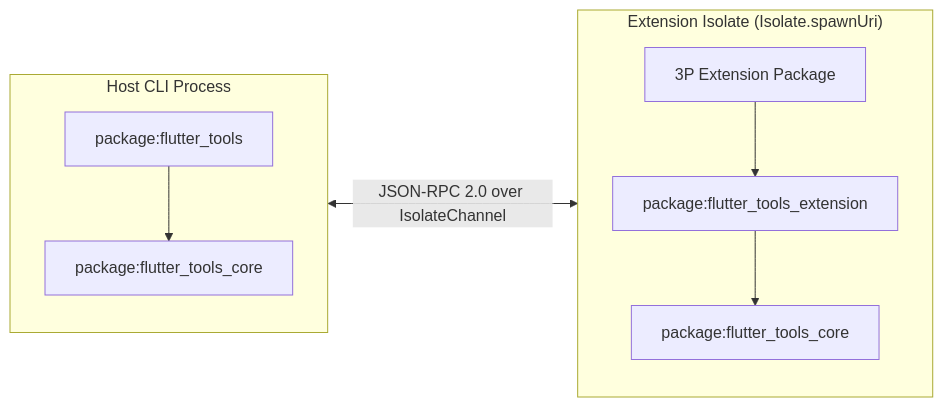
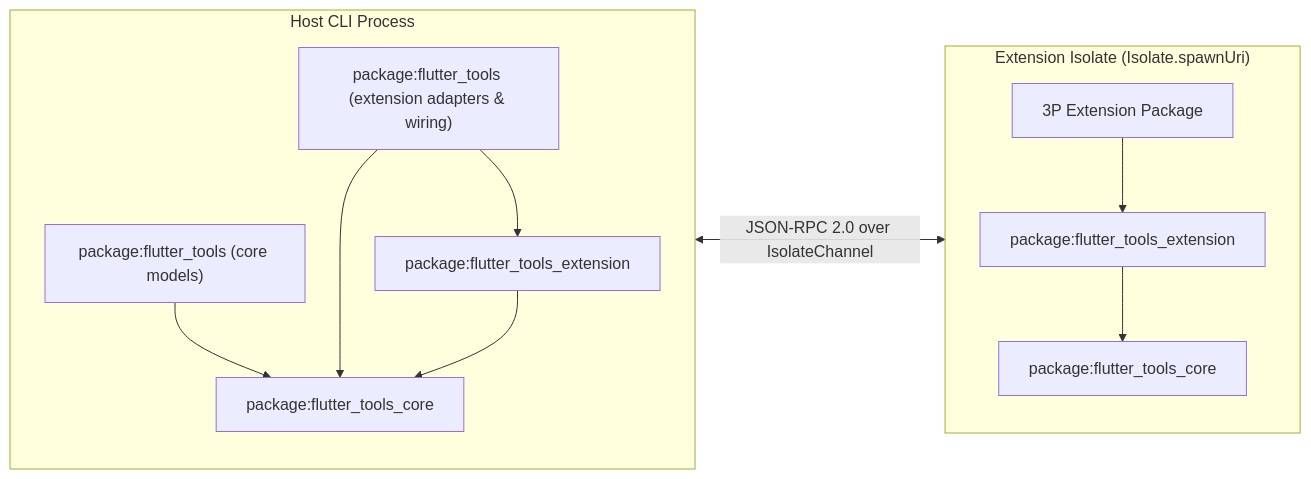
The first of 2 diagrams in rfc/510.0000-targeting-custom-embedders-with-flutter-tools.md (flutter/rfc), drawn with Mermaid before and after one commit. The commit also changed other lines of this file, not shown here.

First line of the commit message:
Align package layering and core service models with implementation

````diff
--- a/rfc/510.0000-targeting-custom-embedders-with-flutter-tools.md
+++ b/rfc/510.0000-targeting-custom-embedders-with-flutter-tools.md
@@ -75,20 +75,25 @@
 ```mermaid
 flowchart LR
   subgraph Host["Host CLI Process"]
     direction TB
-    FT["package:flutter_tools"]
+    FT["package:flutter_tools (core models)"]
+    FTExp["package:flutter_tools (extension adapters & wiring)"]
+    FTE1["package:flutter_tools_extension"]
     FTC1["package:flutter_tools_core"]
     FT --> FTC1
+    FTExp --> FTE1
+    FTExp --> FTC1
+    FTE1 --> FTC1
   end
 
   subgraph Iso["Extension Isolate (Isolate.spawnUri)"]
     direction TB
     EXT["3P Extension Package"]
-    FTE["package:flutter_tools_extension"]
+    FTE2["package:flutter_tools_extension"]
     FTC2["package:flutter_tools_core"]
-    EXT --> FTE
-    FTE --> FTC2
+    EXT --> FTE2
+    FTE2 --> FTC2
   end
 
   Host <-->|"JSON-RPC 2.0 over IsolateChannel"| Iso
 ```
````
